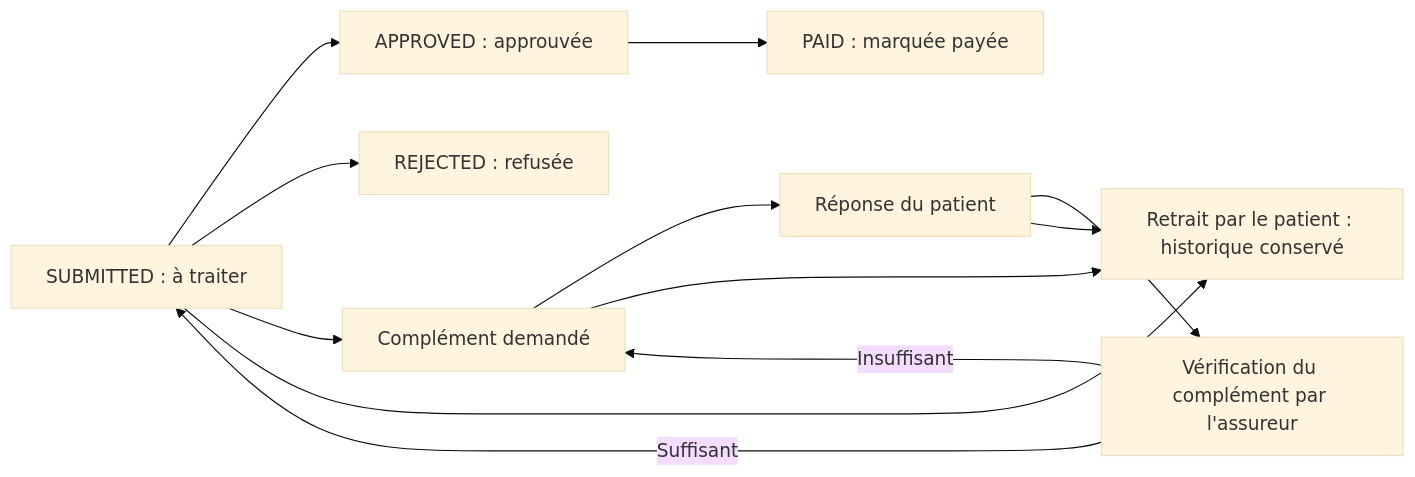
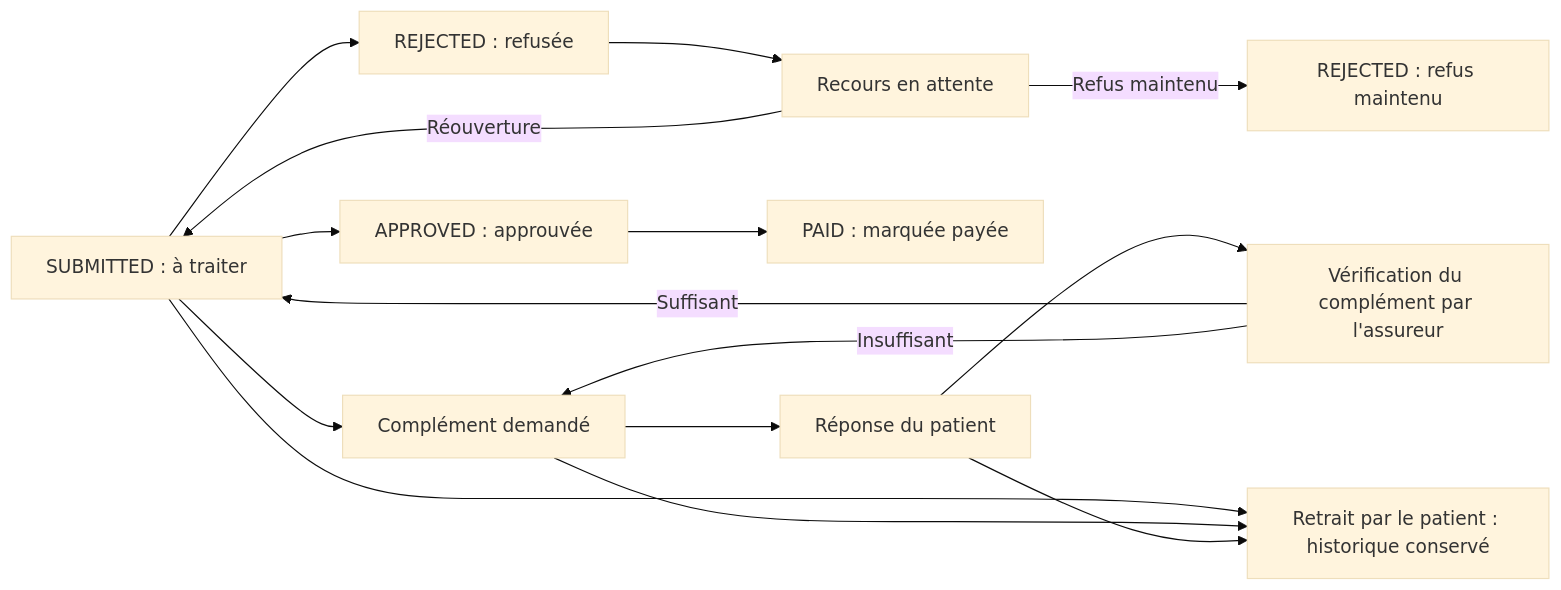
The diagram in lib/features/insurance/README.md (nadhem73/Projet-mobile), drawn with Mermaid (base theme) before and after one commit. The commit also changed other lines of this file and 19 other files, not shown here.

````diff
--- a/lib/features/insurance/README.md
+++ b/lib/features/insurance/README.md
@@ -107,14 +112,17 @@
 ```mermaid
 flowchart LR
     S[SUBMITTED : à traiter] --> A[APPROVED : approuvée]
     S --> R[REJECTED : refusée]
+    R --> Q[Recours en attente]
+    Q -->|Refus maintenu| R2[REJECTED : refus maintenu]
+    Q -->|Réouverture| S
     A --> P[PAID : marquée payée]
     S --> D[Complément demandé]
     D --> C[Réponse du patient]
     C --> V[Vérification du complément par l'assureur]
     V -->|Suffisant| S
     V -->|Insuffisant| D
     S --> W[Retrait par le patient : historique conservé]
     D --> W
     C --> W
 ```
````
